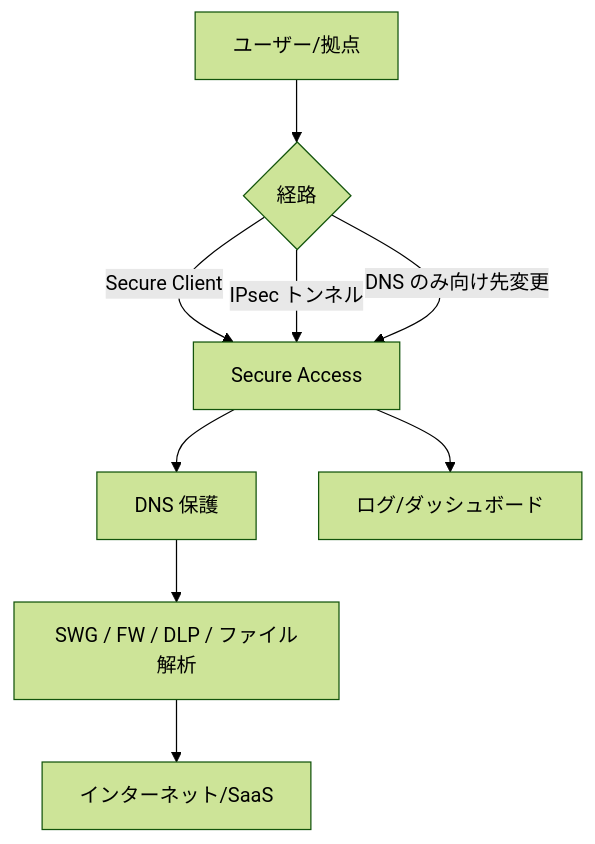
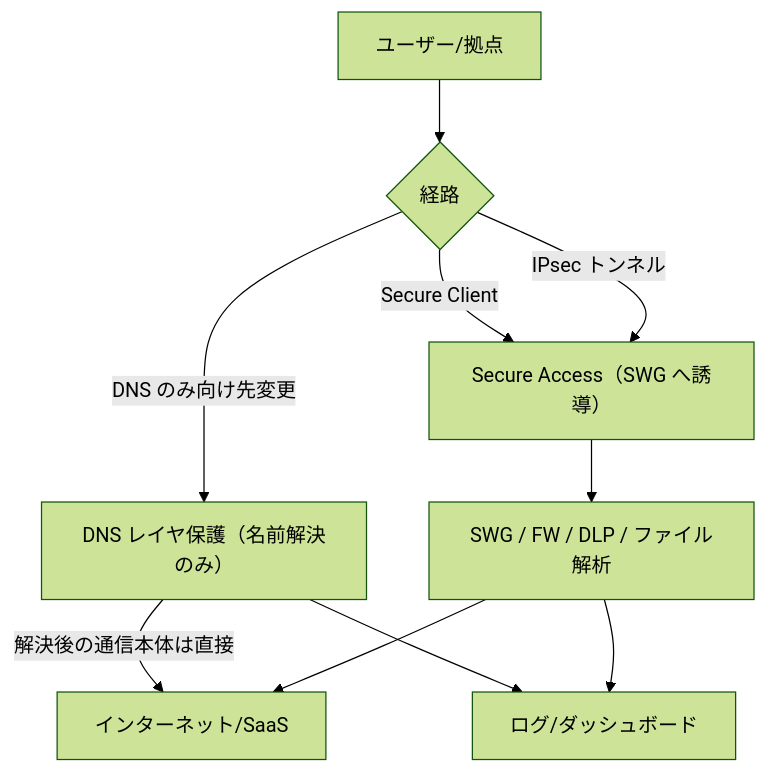
One commit to myoshi2891/Cloud-Infrastructure-and-Network-Studies changed diagram 22 of 23 in Ccnp-security-guide.md. Above: the diagram before and after it, drawn with Mermaid (forest theme). The commit also changed 2 other files, not shown here.

Commit message:
docs(cisco): add DevNet Expert HTML guide and update CCNP Security and DevNet Expert guides

````diff
--- a/Ccnp-security-guide.md
+++ b/Ccnp-security-guide.md
@@ -1242,11 +1242,12 @@
 ```mermaid
 flowchart TD
     A["ユーザー/拠点"] --> B{"経路"}
-    B -->|"Secure Client"| C["Secure Access"]
+    B -->|"Secure Client"| C["Secure Access（SWG へ誘導）"]
     B -->|"IPsec トンネル"| C
-    B -->|"DNS のみ向け先変更"| C
-    C --> D["DNS 保護"]
-    D --> E["SWG / FW / DLP / ファイル解析"]
-    E --> F["インターネット/SaaS"]
-    C --> G["ログ/ダッシュボード"]
+    B -->|"DNS のみ向け先変更"| D["DNS レイヤ保護（名前解決のみ）"]
+    D -->|"解決後の通信本体は直接"| F["インターネット/SaaS"]
+    C --> E["SWG / FW / DLP / ファイル解析"]
+    E --> F
+    D --> G["ログ/ダッシュボード"]
+    E --> G
 ```
````
